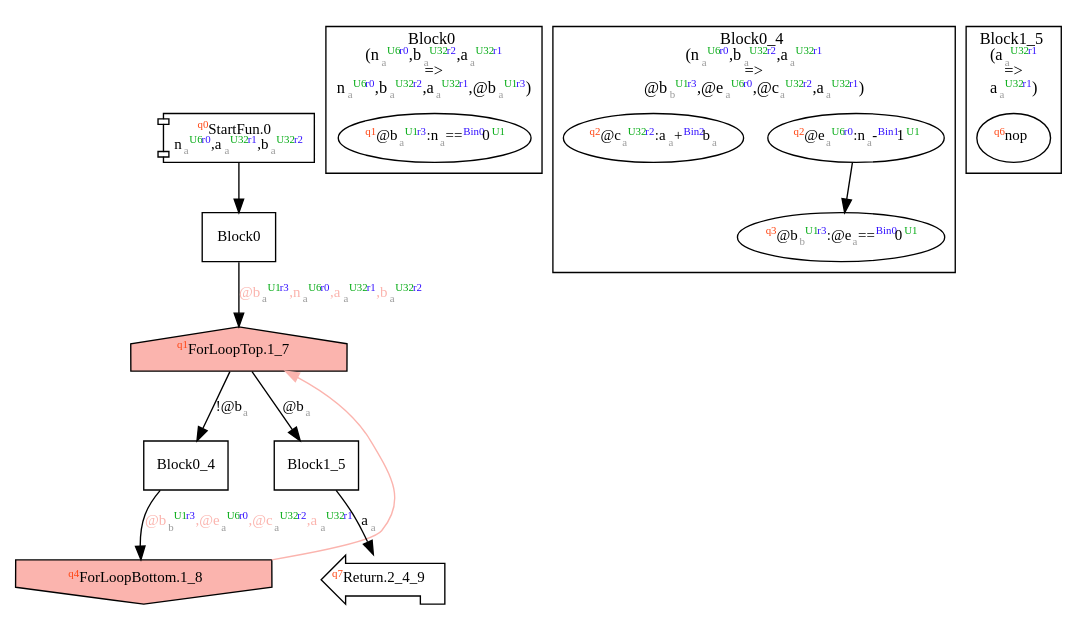
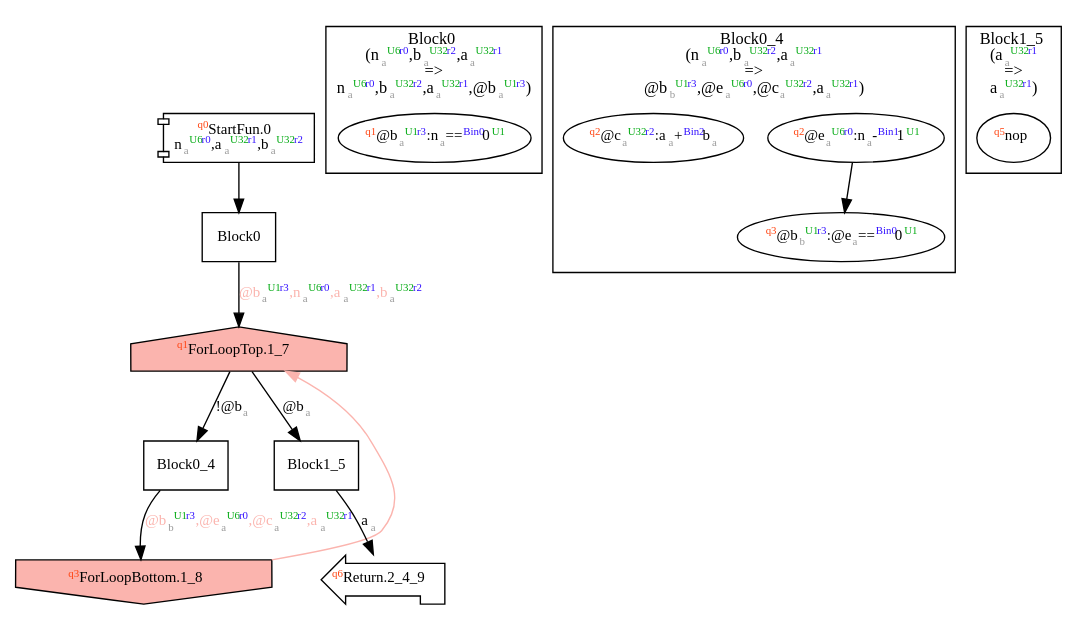
The diagram in dist/fib.dot (akouryy/SyntheScala), drawn with Graphviz before and after one commit. The commit also changed 15 other files, not shown here.

Commit message:
Remove states occupied by Jump.ForLoopBottom

```diff
--- a/dist/fib.dot
+++ b/dist/fib.dot
@@ -1,45 +1,45 @@
 digraph Program_ {
   graph [fontname = "Monaco", fontsize = 12, ranksep = 0.5];
   node [shape = box, fontname = "Monaco", fontsize = 11; colorscheme = pastel19];
   edge [fontname = "Monaco", fontsize = 11; colorscheme = pastel19];
   Jump0[label = <<font color="#ff4411" point-size="8"><sup>q0</sup></font>StartFun.0<br/>n<font color="#999999" point-size="8"><sub>a</sub></font><font color="#00aa11" point-size="8"><sup>U6</sup></font><font color="#3311ff" point-size="8"><sup>r0</sup></font>,a<font color="#999999" point-size="8"><sub>a</sub></font><font color="#00aa11" point-size="8"><sup>U32</sup></font><font color="#3311ff" point-size="8"><sup>r1</sup></font>,b<font color="#999999" point-size="8"><sub>a</sub></font><font color="#00aa11" point-size="8"><sup>U32</sup></font><font color="#3311ff" point-size="8"><sup>r2</sup></font>>; shape = component];
   Jump0 -> Block0;
   Jump1_7[
     label = <<font color="#ff4411" point-size="8"><sup>q1</sup></font>ForLoopTop.1_7>;
     shape = house; style = filled;
     fillcolor = 1;
   ];
   Block0 -> Jump1_7 [label=<@b<font color="#999999" point-size="8"><sub>a</sub></font><font color="#00aa11" point-size="8"><sup>U1</sup></font><font color="#3311ff" point-size="8"><sup>r3</sup></font>,n<font color="#999999" point-size="8"><sub>a</sub></font><font color="#00aa11" point-size="8"><sup>U6</sup></font><font color="#3311ff" point-size="8"><sup>r0</sup></font>,a<font color="#999999" point-size="8"><sub>a</sub></font><font color="#00aa11" point-size="8"><sup>U32</sup></font><font color="#3311ff" point-size="8"><sup>r1</sup></font>,b<font color="#999999" point-size="8"><sub>a</sub></font><font color="#00aa11" point-size="8"><sup>U32</sup></font><font color="#3311ff" point-size="8"><sup>r2</sup></font>>; fontcolor=1];
   Jump1_7 -> Block0_4 [label = <!@b<font color="#999999" point-size="8"><sub>a</sub></font>>];
   Jump1_8 -> Jump1_7 [constraint = false; color = 1];
   Jump1_7 -> Block1_5 [label = <@b<font color="#999999" point-size="8"><sub>a</sub></font>>];
   Jump1_8[
-    label = <<font color="#ff4411" point-size="8"><sup>q4</sup></font>ForLoopBottom.1_8>
+    label = <<font color="#ff4411" point-size="8"><sup>q3</sup></font>ForLoopBottom.1_8>
     shape = invhouse; style = filled;
     fillcolor = 1;
   ];
   Block0_4 -> Jump1_8 [label=<@b<font color="#999999" point-size="8"><sub>b</sub></font><font color="#00aa11" point-size="8"><sup>U1</sup></font><font color="#3311ff" point-size="8"><sup>r3</sup></font>,@e<font color="#999999" point-size="8"><sub>a</sub></font><font color="#00aa11" point-size="8"><sup>U6</sup></font><font color="#3311ff" point-size="8"><sup>r0</sup></font>,@c<font color="#999999" point-size="8"><sub>a</sub></font><font color="#00aa11" point-size="8"><sup>U32</sup></font><font color="#3311ff" point-size="8"><sup>r2</sup></font>,a<font color="#999999" point-size="8"><sub>a</sub></font><font color="#00aa11" point-size="8"><sup>U32</sup></font><font color="#3311ff" point-size="8"><sup>r1</sup></font>>; fontcolor=1];
-  Jump2_4_9[label = <<font color="#ff4411" point-size="8"><sup>q7</sup></font>Return.2_4_9>; shape = lpromoter];
+  Jump2_4_9[label = <<font color="#ff4411" point-size="8"><sup>q6</sup></font>Return.2_4_9>; shape = lpromoter];
   Block1_5 -> Jump2_4_9 [label=<a<font color="#999999" point-size="8"><sub>a</sub></font>>];
   Block0 [label = "Block0"];
   Block0_4 [label = "Block0_4"];
   Block1_5 [label = "Block1_5"];
   subgraph cluster_dfg_Block0 {
     node [shape = oval];
     label = <Block0<br/>(n<font color="#999999" point-size="8"><sub>a</sub></font><font color="#00aa11" point-size="8"><sup>U6</sup></font><font color="#3311ff" point-size="8"><sup>r0</sup></font>,b<font color="#999999" point-size="8"><sub>a</sub></font><font color="#00aa11" point-size="8"><sup>U32</sup></font><font color="#3311ff" point-size="8"><sup>r2</sup></font>,a<font color="#999999" point-size="8"><sub>a</sub></font><font color="#00aa11" point-size="8"><sup>U32</sup></font><font color="#3311ff" point-size="8"><sup>r1</sup></font><br/>=&gt;<br/>n<font color="#999999" point-size="8"><sub>a</sub></font><font color="#00aa11" point-size="8"><sup>U6</sup></font><font color="#3311ff" point-size="8"><sup>r0</sup></font>,b<font color="#999999" point-size="8"><sub>a</sub></font><font color="#00aa11" point-size="8"><sup>U32</sup></font><font color="#3311ff" point-size="8"><sup>r2</sup></font>,a<font color="#999999" point-size="8"><sub>a</sub></font><font color="#00aa11" point-size="8"><sup>U32</sup></font><font color="#3311ff" point-size="8"><sup>r1</sup></font>,@b<font color="#999999" point-size="8"><sub>a</sub></font><font color="#00aa11" point-size="8"><sup>U1</sup></font><font color="#3311ff" point-size="8"><sup>r3</sup></font>)>;
     8 [label=<<font color="#ff4411" point-size="8"><sup>q1</sup></font>@b<font color="#999999" point-size="8"><sub>a</sub></font><font color="#00aa11" point-size="8"><sup>U1</sup></font><font color="#3311ff" point-size="8"><sup>r3</sup></font>:n<font color="#999999" point-size="8"><sub>a</sub></font>==<font color="#3311ff" point-size="8"><sup>Bin0</sup></font>0<font color="#00aa11" point-size="8"><sup>U1</sup></font>>];
   }
   subgraph cluster_dfg_Block0_4 {
     node [shape = oval];
     label = <Block0_4<br/>(n<font color="#999999" point-size="8"><sub>a</sub></font><font color="#00aa11" point-size="8"><sup>U6</sup></font><font color="#3311ff" point-size="8"><sup>r0</sup></font>,b<font color="#999999" point-size="8"><sub>a</sub></font><font color="#00aa11" point-size="8"><sup>U32</sup></font><font color="#3311ff" point-size="8"><sup>r2</sup></font>,a<font color="#999999" point-size="8"><sub>a</sub></font><font color="#00aa11" point-size="8"><sup>U32</sup></font><font color="#3311ff" point-size="8"><sup>r1</sup></font><br/>=&gt;<br/>@b<font color="#999999" point-size="8"><sub>b</sub></font><font color="#00aa11" point-size="8"><sup>U1</sup></font><font color="#3311ff" point-size="8"><sup>r3</sup></font>,@e<font color="#999999" point-size="8"><sub>a</sub></font><font color="#00aa11" point-size="8"><sup>U6</sup></font><font color="#3311ff" point-size="8"><sup>r0</sup></font>,@c<font color="#999999" point-size="8"><sub>a</sub></font><font color="#00aa11" point-size="8"><sup>U32</sup></font><font color="#3311ff" point-size="8"><sup>r2</sup></font>,a<font color="#999999" point-size="8"><sub>a</sub></font><font color="#00aa11" point-size="8"><sup>U32</sup></font><font color="#3311ff" point-size="8"><sup>r1</sup></font>)>;
     9 [label=<<font color="#ff4411" point-size="8"><sup>q2</sup></font>@e<font color="#999999" point-size="8"><sub>a</sub></font><font color="#00aa11" point-size="8"><sup>U6</sup></font><font color="#3311ff" point-size="8"><sup>r0</sup></font>:n<font color="#999999" point-size="8"><sub>a</sub></font>-<font color="#3311ff" point-size="8"><sup>Bin1</sup></font>1<font color="#00aa11" point-size="8"><sup>U1</sup></font>>];
     10 [label=<<font color="#ff4411" point-size="8"><sup>q2</sup></font>@c<font color="#999999" point-size="8"><sub>a</sub></font><font color="#00aa11" point-size="8"><sup>U32</sup></font><font color="#3311ff" point-size="8"><sup>r2</sup></font>:a<font color="#999999" point-size="8"><sub>a</sub></font>+<font color="#3311ff" point-size="8"><sup>Bin2</sup></font>b<font color="#999999" point-size="8"><sub>a</sub></font>>];
     11 [label=<<font color="#ff4411" point-size="8"><sup>q3</sup></font>@b<font color="#999999" point-size="8"><sub>b</sub></font><font color="#00aa11" point-size="8"><sup>U1</sup></font><font color="#3311ff" point-size="8"><sup>r3</sup></font>:@e<font color="#999999" point-size="8"><sub>a</sub></font>==<font color="#3311ff" point-size="8"><sup>Bin0</sup></font>0<font color="#00aa11" point-size="8"><sup>U1</sup></font>>];
     9 -> 11;
   }
   subgraph cluster_dfg_Block1_5 {
     node [shape = oval];
     label = <Block1_5<br/>(a<font color="#999999" point-size="8"><sub>a</sub></font><font color="#00aa11" point-size="8"><sup>U32</sup></font><font color="#3311ff" point-size="8"><sup>r1</sup></font><br/>=&gt;<br/>a<font color="#999999" point-size="8"><sub>a</sub></font><font color="#00aa11" point-size="8"><sup>U32</sup></font><font color="#3311ff" point-size="8"><sup>r1</sup></font>)>;
-    12 [label=<<font color="#ff4411" point-size="8"><sup>q6</sup></font>nop>];
+    12 [label=<<font color="#ff4411" point-size="8"><sup>q5</sup></font>nop>];
   }
 }
```
